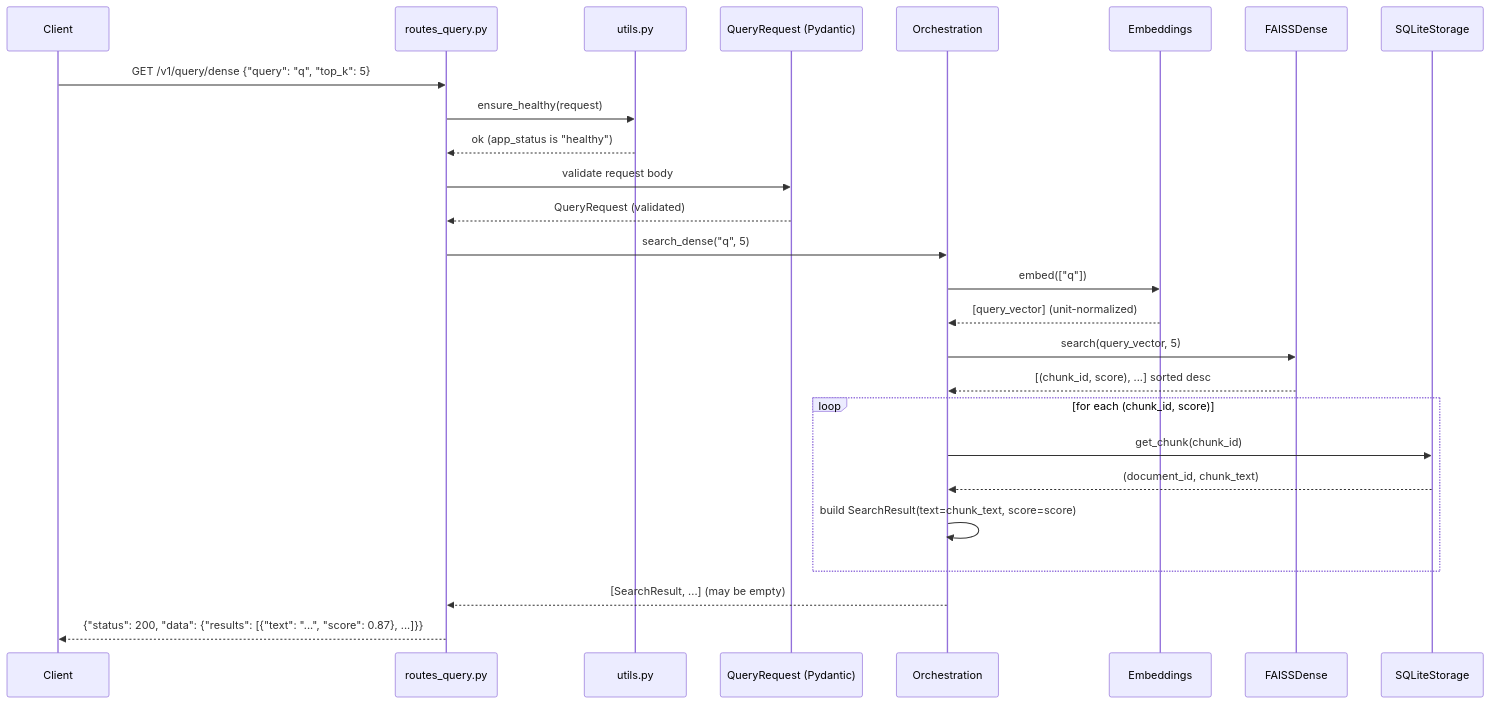
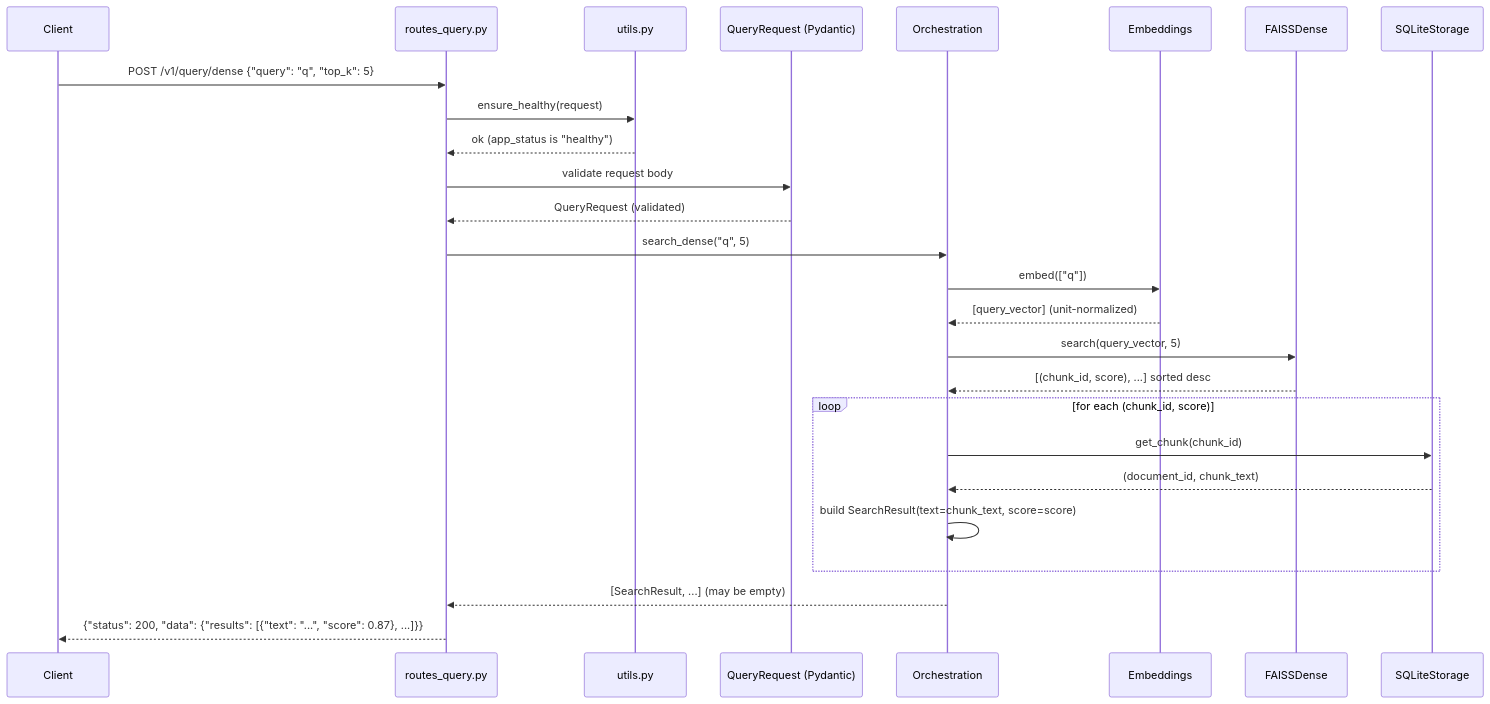
The fifth of 9 diagrams in docs/SPECIFICATION-DATA-FLOW.md (florianbuetow/mini-rag), drawn with Mermaid before and after one commit. The commit also changed other lines of this file and 11 other files, not shown here.

````diff
--- a/docs/SPECIFICATION-DATA-FLOW.md
+++ b/docs/SPECIFICATION-DATA-FLOW.md
@@ -421,29 +424,29 @@
 ```mermaid
 sequenceDiagram
     participant C as Client
     participant R as routes_query.py
     participant U as utils.py
     participant PM as QueryRequest (Pydantic)
     participant O as Orchestration
     participant E as Embeddings
     participant D as FAISSDense
     participant ST as SQLiteStorage
 
-    C->>R: GET /v1/query/dense {"query": "q", "top_k": 5}
+    C->>R: POST /v1/query/dense {"query": "q", "top_k": 5}
     R->>U: ensure_healthy(request)
     U-->>R: ok (app_status is "healthy")
     R->>PM: validate request body
     PM-->>R: QueryRequest (validated)
     R->>O: search_dense("q", 5)
     O->>E: embed(["q"])
     E-->>O: [query_vector] (unit-normalized)
     O->>D: search(query_vector, 5)
     D-->>O: [(chunk_id, score), ...] sorted desc
     loop for each (chunk_id, score)
         O->>ST: get_chunk(chunk_id)
         ST-->>O: (document_id, chunk_text)
         O->>O: build SearchResult(text=chunk_text, score=score)
     end
     O-->>R: [SearchResult, ...] (may be empty)
     R-->>C: {"status": 200, "data": {"results": [{"text": "...", "score": 0.87}, ...]}}
 ```
````
